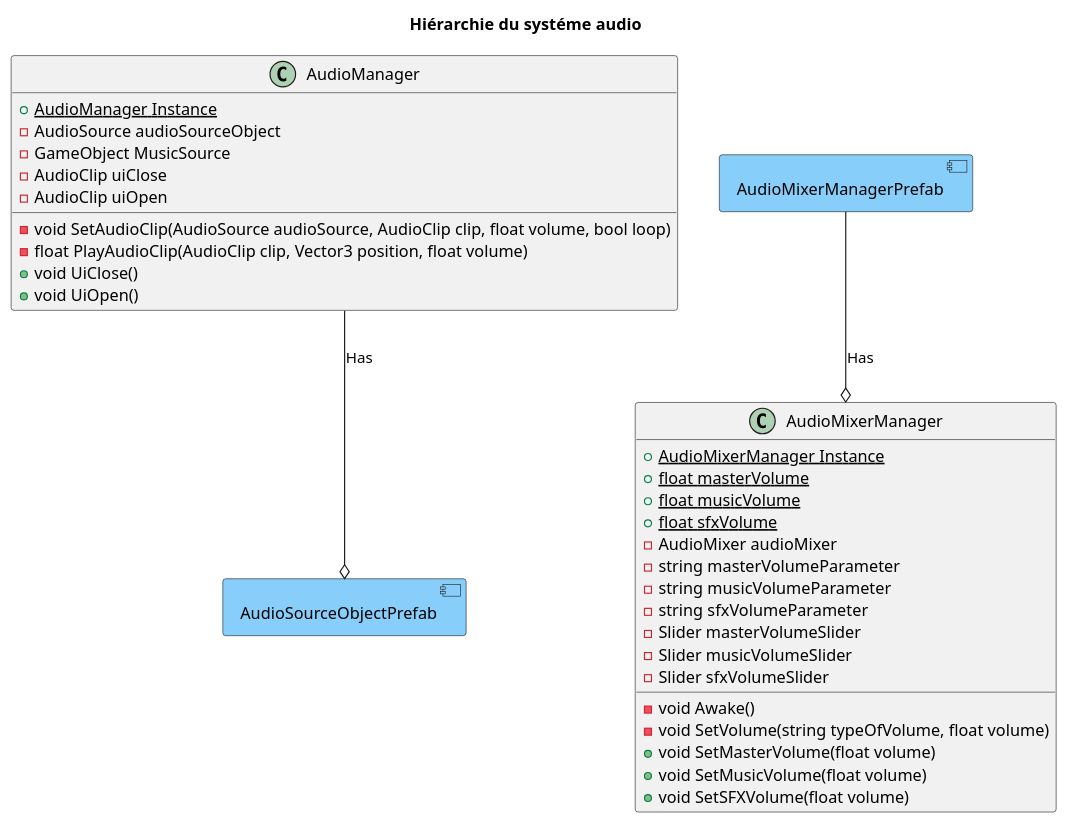
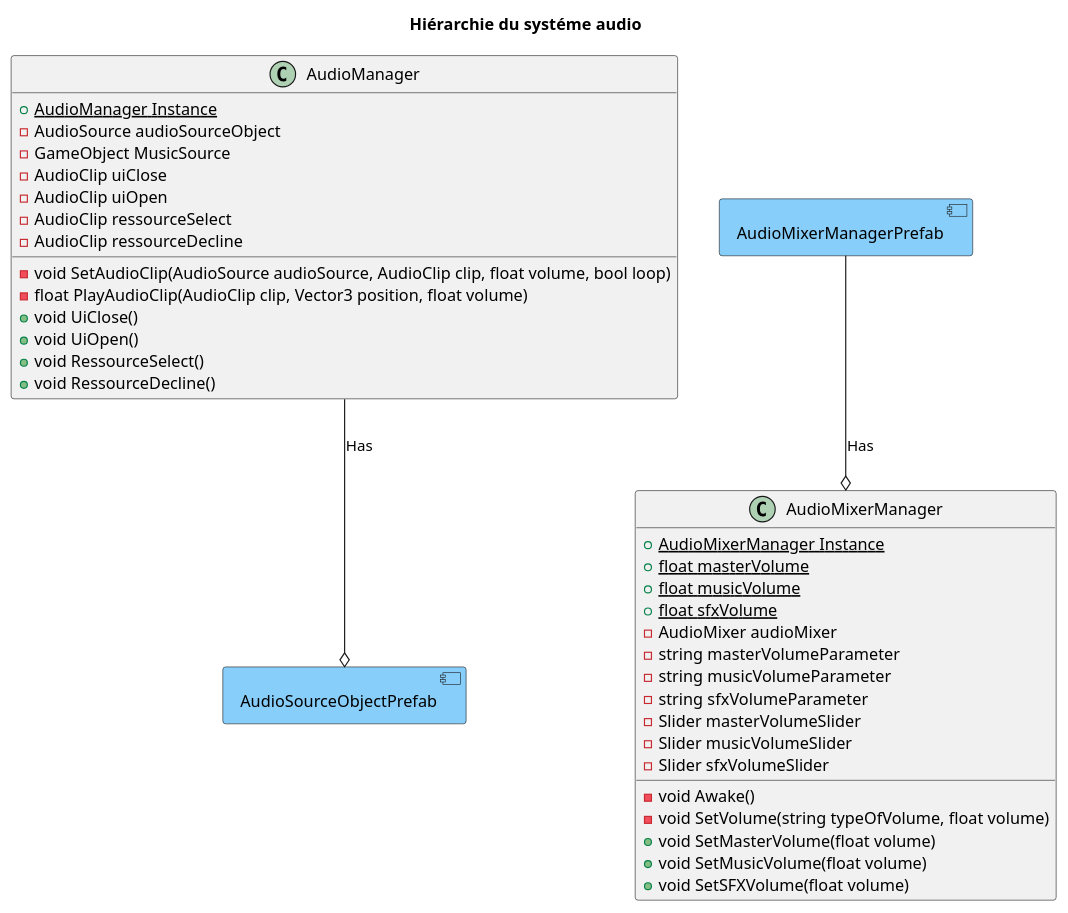
One commit to LOG725-01/JustOneEarth changed the diagram in Assets/Scripts/Documentation/Audio.puml. Above: the diagram before and after it, drawn with PlantUML. The commit also changed 6 other files, not shown here.

```diff
--- a/Assets/Scripts/Documentation/Audio.puml
+++ b/Assets/Scripts/Documentation/Audio.puml
@@ -1,43 +1,47 @@
 @startuml Audio
 allow_mixing
 skinparam ComponentBackgroundColor LightSkyBlue
 title Hiérarchie du systéme audio
 
 class AudioManager  {
     + {static} AudioManager Instance
     - AudioSource audioSourceObject
     - GameObject MusicSource
     - AudioClip uiClose
     - AudioClip uiOpen
+    - AudioClip ressourceSelect
+    - AudioClip ressourceDecline
     - void SetAudioClip(AudioSource audioSource, AudioClip clip, float volume, bool loop)
     - float PlayAudioClip(AudioClip clip, Vector3 position, float volume)
     + void UiClose()
     + void UiOpen()
+    + void RessourceSelect()
+    + void RessourceDecline()
 }
 
 class AudioMixerManager  {
     + {static} AudioMixerManager Instance
     + {static} float masterVolume
     + {static} float musicVolume
     + {static} float sfxVolume
     - AudioMixer audioMixer
     - string masterVolumeParameter
     - string musicVolumeParameter
     - string sfxVolumeParameter
     - Slider masterVolumeSlider
     - Slider musicVolumeSlider
     - Slider sfxVolumeSlider
     - void Awake()
     - void SetVolume(string typeOfVolume, float volume)
     + void SetMasterVolume(float volume)
     + void SetMusicVolume(float volume)
     + void SetSFXVolume(float volume)
 }
 
 component AudioSourceObjectPrefab
 component AudioMixerManagerPrefab
 
 AudioMixerManagerPrefab --o AudioMixerManager : "Has"
 AudioManager --o AudioSourceObjectPrefab : "Has"
 
 @enduml
```
